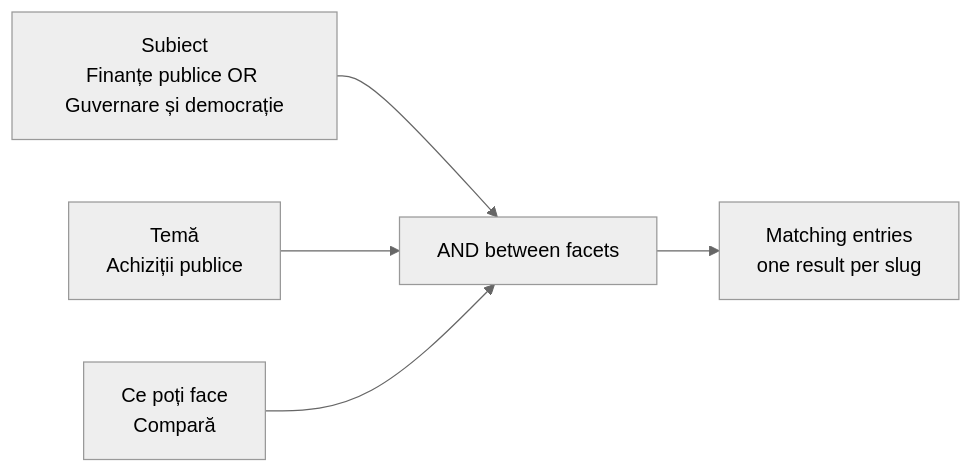
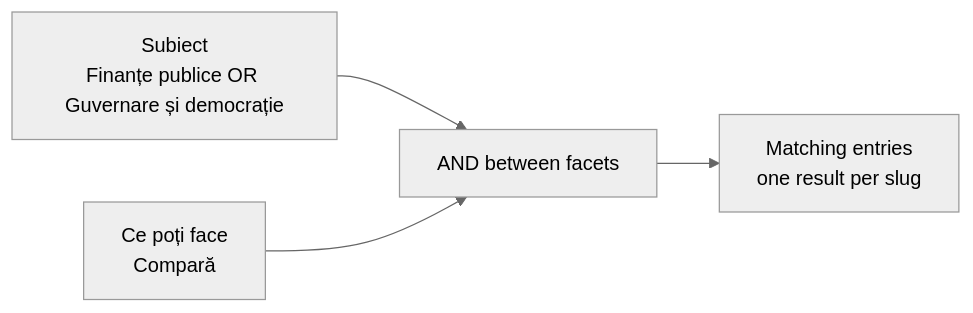
Before and after one commit to gov2-ro/awesome-civtech-ro: the second of 2 diagrams in docs/specs/taxonomy-v2.md, drawn with Mermaid (neutral theme). The commit also changed other lines of this file and 28 other files, not shown here.

````diff
--- a/docs/specs/taxonomy-v2.md
+++ b/docs/specs/taxonomy-v2.md
@@ -611,11 +619,9 @@
 ```mermaid
 flowchart LR
     S["Subiect<br/>Finanțe publice OR Guvernare și democrație"]
-    T["Temă<br/>Achiziții publice"]
     C["Ce poți face<br/>Compară"]
     A["AND between facets"]
     S --> A
-    T --> A
     C --> A
     A --> R["Matching entries<br/>one result per slug"]
 ```
````
